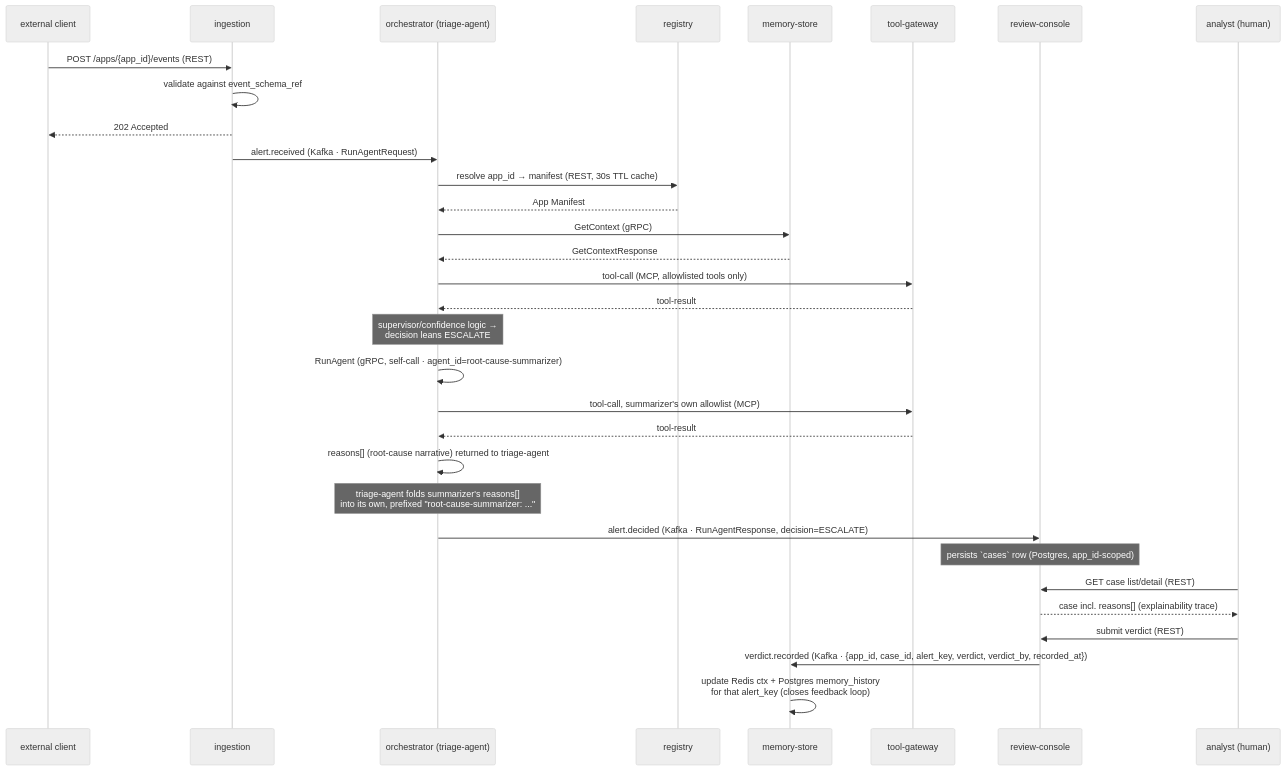
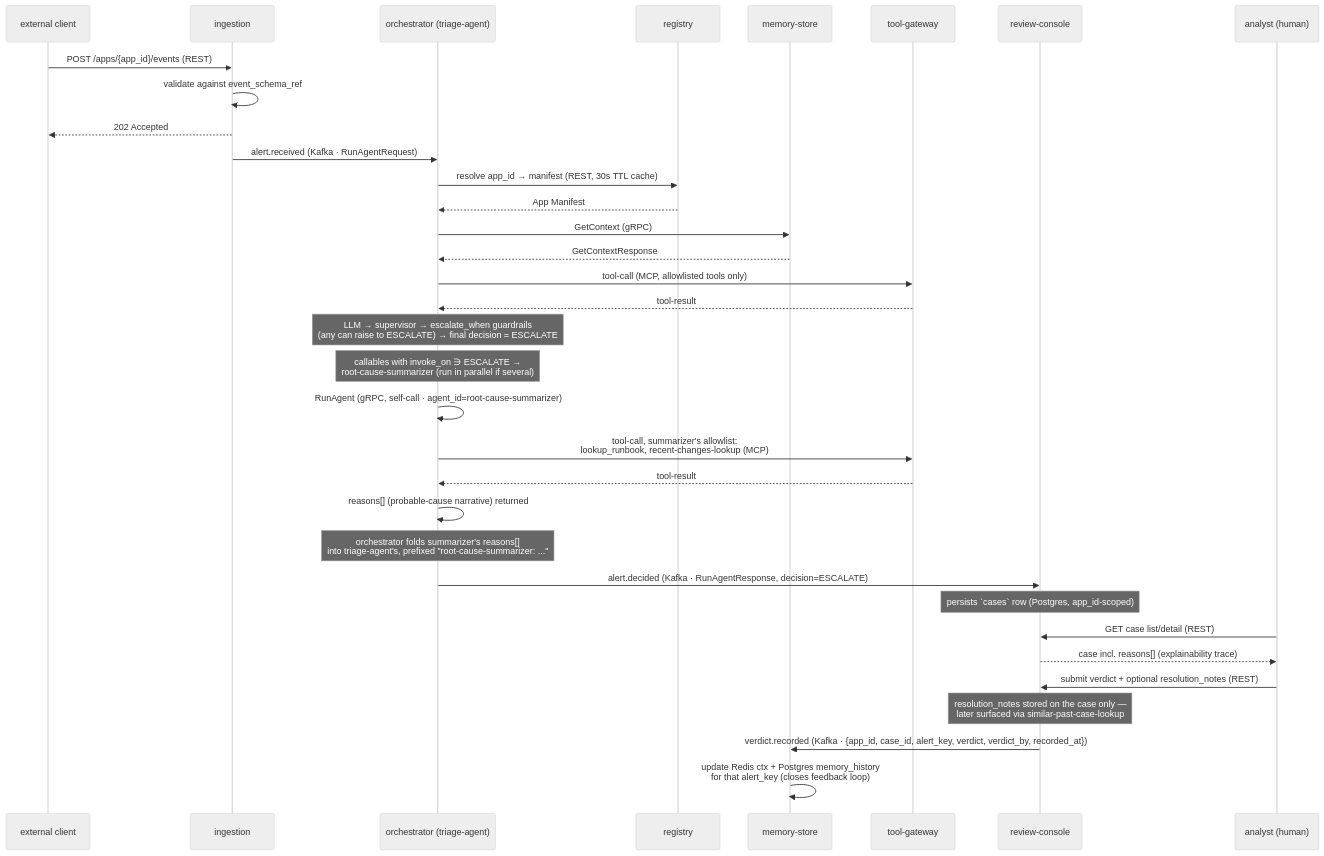
Before and after one commit to SrikanthArgp/agentic-platform: the second of 4 diagrams in docs/sequence_diagram.md, drawn with Mermaid (neutral theme). The commit also changed other lines of this file and 20 other files, not shown here.

````diff
--- a/docs/sequence_diagram.md
+++ b/docs/sequence_diagram.md
@@ -73,43 +79,45 @@
 ```mermaid
 sequenceDiagram
     participant Client as external client
     participant Ingestion as ingestion
     participant Orchestrator as orchestrator (triage-agent)
     participant Registry as registry
     participant MemoryStore as memory-store
     participant ToolGateway as tool-gateway
     participant ReviewConsole as review-console
     participant Analyst as analyst (human)
 
     Client->>Ingestion: POST /apps/{app_id}/events (REST)
     Ingestion->>Ingestion: validate against event_schema_ref
     Ingestion-->>Client: 202 Accepted
     Ingestion->>Orchestrator: alert.received (Kafka · RunAgentRequest)
 
     Orchestrator->>Registry: resolve app_id → manifest (REST, 30s TTL cache)
     Registry-->>Orchestrator: App Manifest
 
     Orchestrator->>MemoryStore: GetContext (gRPC)
     MemoryStore-->>Orchestrator: GetContextResponse
 
     Orchestrator->>ToolGateway: tool-call (MCP, allowlisted tools only)
     ToolGateway-->>Orchestrator: tool-result
 
-    Note over Orchestrator: supervisor/confidence logic →<br/>decision leans ESCALATE
+    Note over Orchestrator: LLM → supervisor → escalate_when guardrails<br/>(any can raise to ESCALATE) → final decision = ESCALATE
 
+    Note over Orchestrator: callables with invoke_on ∋ ESCALATE →<br/>root-cause-summarizer (run in parallel if several)
     Orchestrator->>Orchestrator: RunAgent (gRPC, self-call · agent_id=root-cause-summarizer)
-    Orchestrator->>ToolGateway: tool-call, summarizer's own allowlist (MCP)
+    Orchestrator->>ToolGateway: tool-call, summarizer's allowlist:<br/>lookup_runbook, recent-changes-lookup (MCP)
     ToolGateway-->>Orchestrator: tool-result
-    Orchestrator->>Orchestrator: reasons[] (root-cause narrative) returned to triage-agent
-    Note over Orchestrator: triage-agent folds summarizer's reasons[]<br/>into its own, prefixed "root-cause-summarizer: ..."
+    Orchestrator->>Orchestrator: reasons[] (probable-cause narrative) returned
+    Note over Orchestrator: orchestrator folds summarizer's reasons[]<br/>into triage-agent's, prefixed "root-cause-summarizer: ..."
 
     Orchestrator->>ReviewConsole: alert.decided (Kafka · RunAgentResponse, decision=ESCALATE)
     Note over ReviewConsole: persists `cases` row (Postgres, app_id-scoped)
 
     Analyst->>ReviewConsole: GET case list/detail (REST)
     ReviewConsole-->>Analyst: case incl. reasons[] (explainability trace)
-    Analyst->>ReviewConsole: submit verdict (REST)
+    Analyst->>ReviewConsole: submit verdict + optional resolution_notes (REST)
+    Note over ReviewConsole: resolution_notes stored on the case only —<br/>later surfaced via similar-past-case-lookup
 
     ReviewConsole->>MemoryStore: verdict.recorded (Kafka · {app_id, case_id, alert_key, verdict, verdict_by, recorded_at})
     MemoryStore->>MemoryStore: update Redis ctx + Postgres memory_history<br/>for that alert_key (closes feedback loop)
 ```
````
